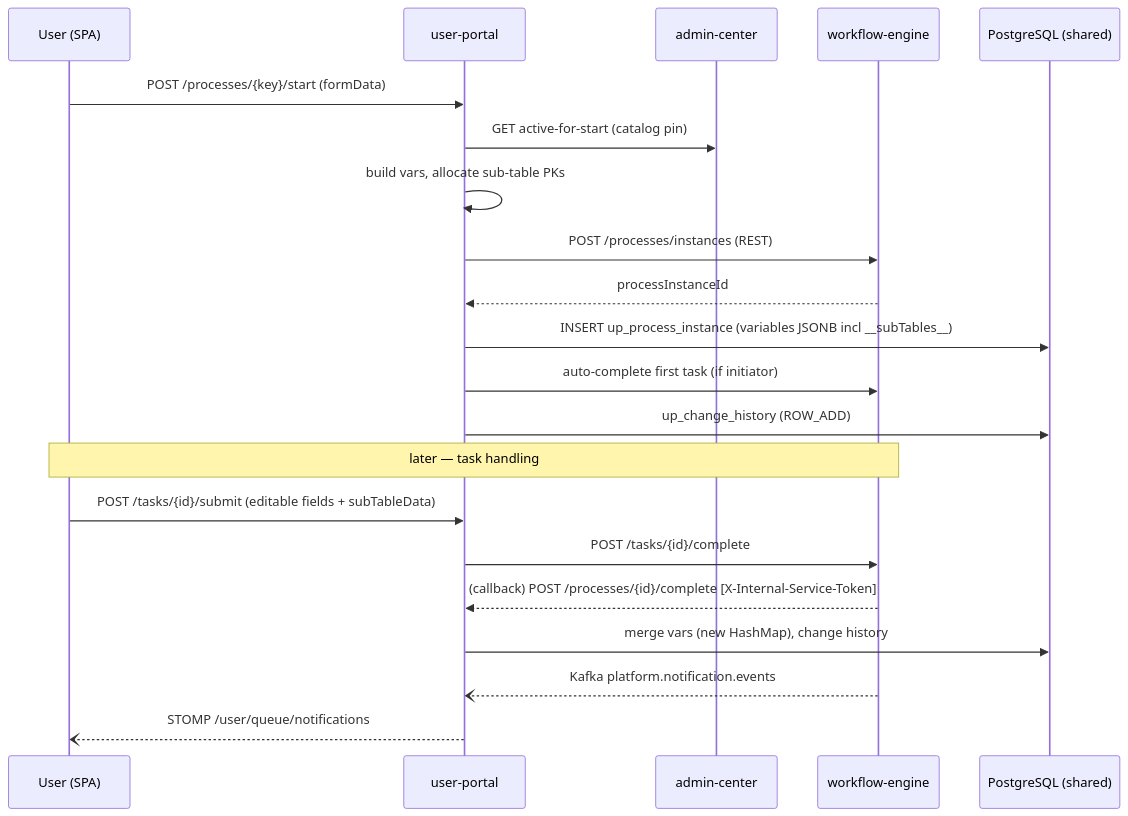
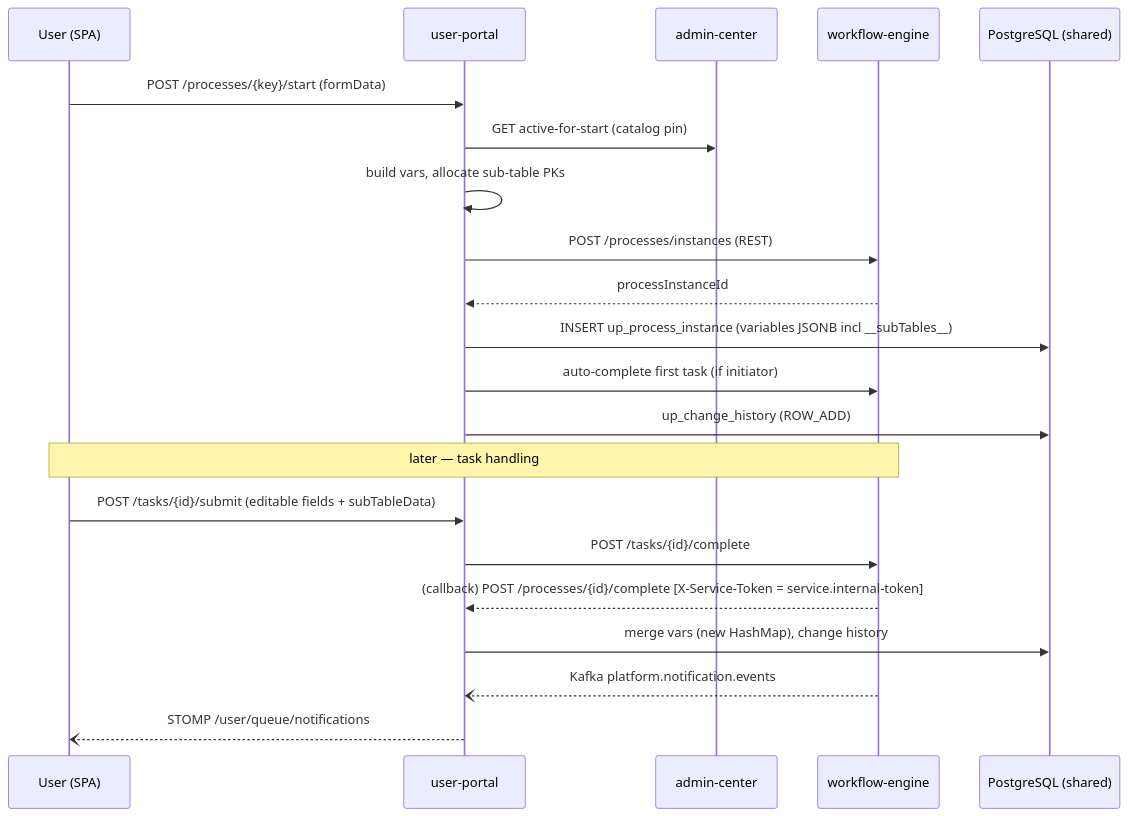
One commit to bigballgis/Workflow-Station---sun changed the diagram in docs/x-ray/modules/user-portal.md. Above: the diagram before and after it, drawn with Mermaid. The commit also changed other lines of this file and 1130 other files, not shown here.

````diff
--- a/docs/x-ray/modules/user-portal.md
+++ b/docs/x-ray/modules/user-portal.md
@@ -128,23 +128,23 @@
 ```mermaid
 sequenceDiagram
   participant U as User (SPA)
   participant UP as user-portal
   participant AC as admin-center
   participant WE as workflow-engine
   participant DB as PostgreSQL (shared)
   U->>UP: POST /processes/{key}/start (formData)
   UP->>AC: GET active-for-start (catalog pin)
   UP->>UP: build vars, allocate sub-table PKs
   UP->>WE: POST /processes/instances (REST)
   WE-->>UP: processInstanceId
   UP->>DB: INSERT up_process_instance (variables JSONB incl __subTables__)
   UP->>WE: auto-complete first task (if initiator)
   UP->>DB: up_change_history (ROW_ADD)
   Note over U,WE: later — task handling
   U->>UP: POST /tasks/{id}/submit (editable fields + subTableData)
   UP->>WE: POST /tasks/{id}/complete
-  WE-->>UP: (callback) POST /processes/{id}/complete [X-Internal-Service-Token]
+  WE-->>UP: (callback) POST /processes/{id}/complete [X-Service-Token = service.internal-token]
   UP->>DB: merge vars (new HashMap), change history
   WE--)UP: Kafka platform.notification.events
   UP--)U: STOMP /user/queue/notifications
 ```
````
